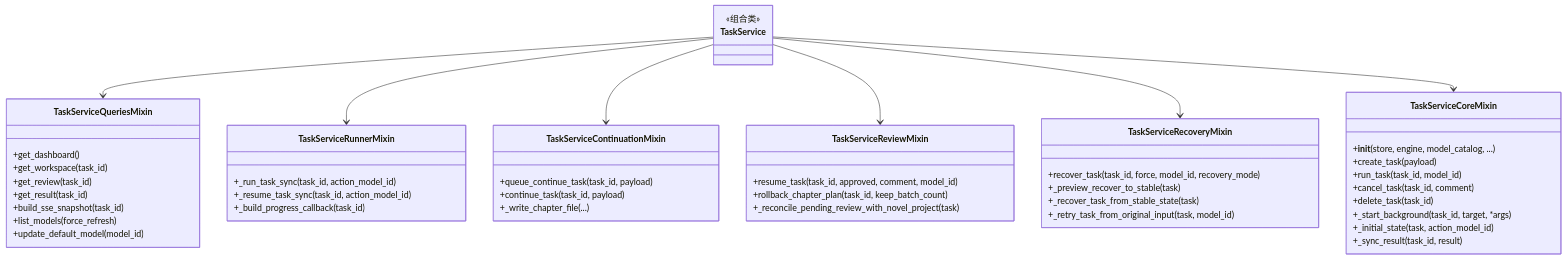
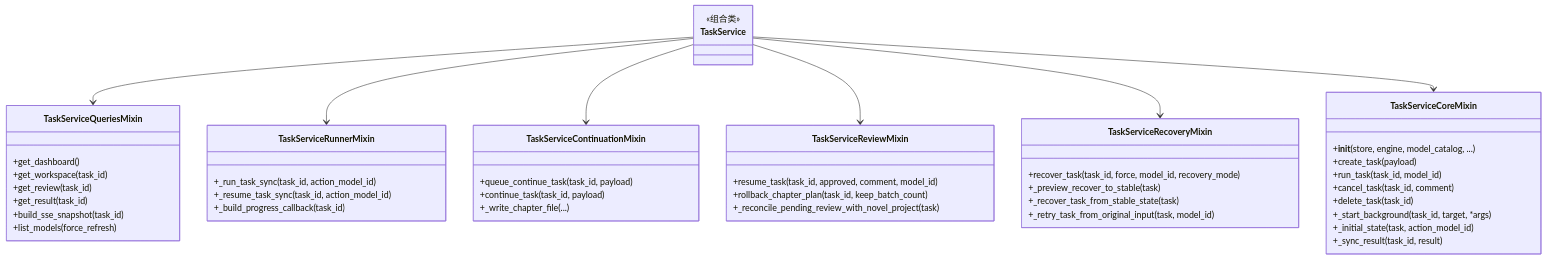
Before and after one commit to userzeng111/agentProject: the tenth of 11 diagrams in docs/technical/10-动态Agent编排API.md, drawn with Mermaid. The commit also changed other lines of this file and 72 other files, not shown here.

````diff
--- a/docs/technical/10-动态Agent编排API.md
+++ b/docs/technical/10-动态Agent编排API.md
@@ -1353,59 +1369,58 @@
 ```mermaid
 classDiagram
     class TaskService {
         <<组合类>>
     }
 
     class TaskServiceQueriesMixin {
         +get_dashboard()
         +get_workspace(task_id)
         +get_review(task_id)
         +get_result(task_id)
         +build_sse_snapshot(task_id)
         +list_models(force_refresh)
-        +update_default_model(model_id)
     }
 
     class TaskServiceRunnerMixin {
         +_run_task_sync(task_id, action_model_id)
         +_resume_task_sync(task_id, action_model_id)
         +_build_progress_callback(task_id)
     }
 
     class TaskServiceContinuationMixin {
         +queue_continue_task(task_id, payload)
         +continue_task(task_id, payload)
         +_write_chapter_file(...)
     }
 
     class TaskServiceReviewMixin {
         +resume_task(task_id, approved, comment, model_id)
         +rollback_chapter_plan(task_id, keep_batch_count)
         +_reconcile_pending_review_with_novel_project(task)
     }
 
     class TaskServiceRecoveryMixin {
         +recover_task(task_id, force, model_id, recovery_mode)
         +_preview_recover_to_stable(task)
         +_recover_task_from_stable_state(task)
         +_retry_task_from_original_input(task, model_id)
     }
 
     class TaskServiceCoreMixin {
         +__init__(store, engine, model_catalog, ...)
         +create_task(payload)
         +run_task(task_id, model_id)
         +cancel_task(task_id, comment)
         +delete_task(task_id)
         +_start_background(task_id, target, *args)
         +_initial_state(task, action_model_id)
         +_sync_result(task_id, result)
     }
 
     TaskService --> TaskServiceQueriesMixin
     TaskService --> TaskServiceRunnerMixin
     TaskService --> TaskServiceContinuationMixin
     TaskService --> TaskServiceReviewMixin
     TaskService --> TaskServiceRecoveryMixin
     TaskService --> TaskServiceCoreMixin
 ```
````
